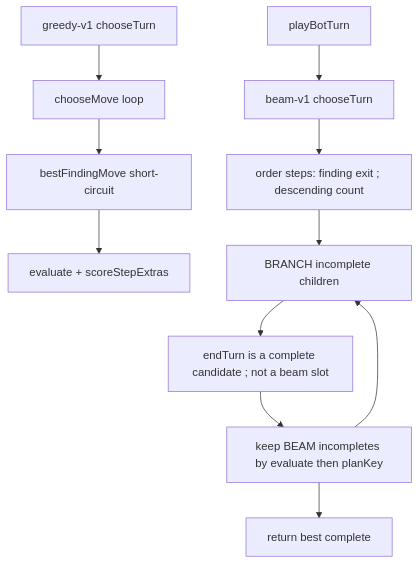
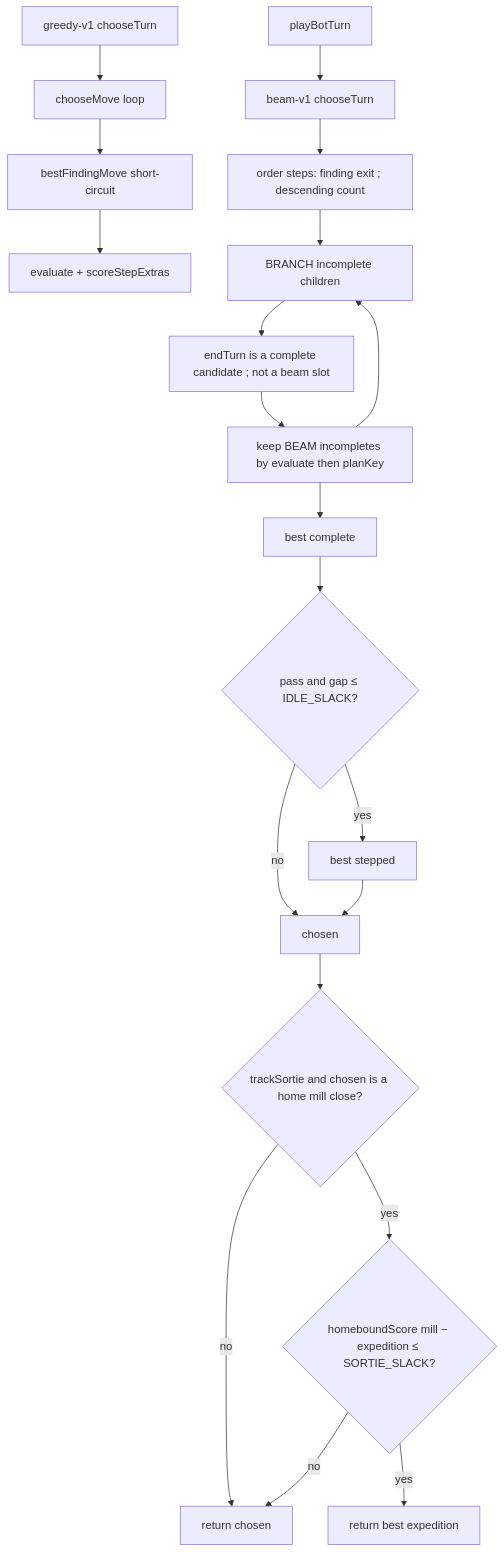
One commit to hochgi/conquarrow changed the diagram in docs/spec/bot-turn-search/bot-turn-search.md. Above: the diagram before and after it, drawn with Mermaid. The commit also changed other lines of this file and 8 other files, not shown here.

First line of the commit message:
🤖: stop beam-v1 painting the home pinwheel after the first close (#48)

````diff
--- a/docs/spec/bot-turn-search/bot-turn-search.md
+++ b/docs/spec/bot-turn-search/bot-turn-search.md
@@ -395,13 +495,22 @@
 ```mermaid
 flowchart TD
   Play["playBotTurn"] --> Beam["beam-v1 chooseTurn"]
   Greedy["greedy-v1 chooseTurn"] --> Step["chooseMove loop"]
   Step --> Short["bestFindingMove short-circuit"]
   Short --> Extras["evaluate + scoreStepExtras"]
   Beam --> Order["order steps: finding exit #59; descending count"]
   Order --> Expand["BRANCH incomplete children"]
   Expand --> End["endTurn is a complete candidate #59; not a beam slot"]
   End --> Keep["keep BEAM incompletes by evaluate then planKey"]
   Keep --> Expand
-  Keep --> Best["return best complete"]
+  Keep --> Best["best complete"]
+  Best --> Idle{"pass and gap ≤ IDLE_SLACK?"}
+  Idle -->|yes| Stepped["best stepped"]
+  Idle -->|no| Chosen["chosen"]
+  Stepped --> Chosen
+  Chosen --> Home{"trackSortie and chosen is a home mill close?"}
+  Home -->|no| Out["return chosen"]
+  Home -->|yes| Slack{"homeboundScore mill − expedition ≤ SORTIE_SLACK?"}
+  Slack -->|yes| Exp["return best expedition"]
+  Slack -->|no| Out
 ```
````
